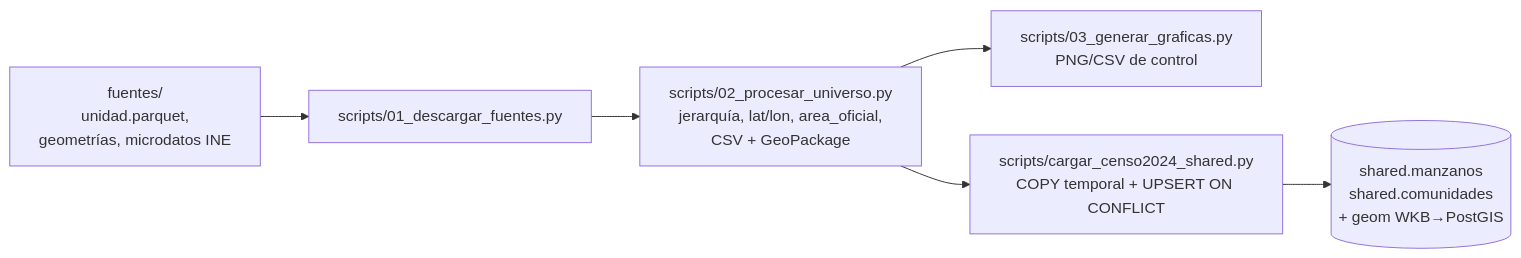
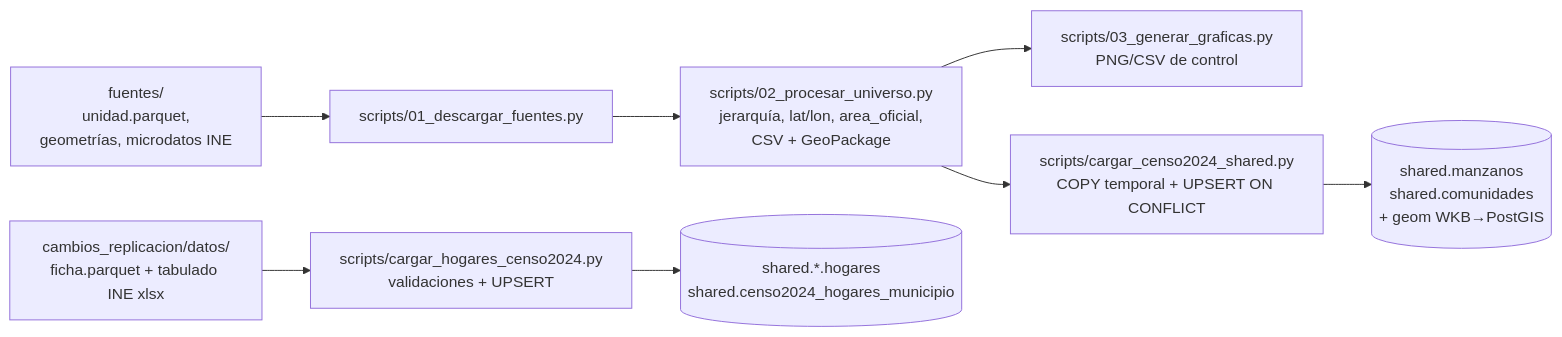
Before and after one commit to AGRIdigital-Climbat/SINAGER-SAT: the sixth of 12 diagrams in DOCUMENTACION_SINB.md, drawn with Mermaid. The commit also changed other lines of this file and 12 other files, not shown here.

First line of the commit message:
refactor(handoff): renombra a cambios_replicacion y generaliza a toda la BD/APIs

````diff
--- a/DOCUMENTACION_SINB.md
+++ b/DOCUMENTACION_SINB.md
@@ -591,8 +601,10 @@
 ```mermaid
 flowchart LR
     F["fuentes/<br/>unidad.parquet,<br/>geometrías, microdatos INE"] --> P1["scripts/01_descargar_fuentes.py"]
     P1 --> P2["scripts/02_procesar_universo.py<br/>jerarquía, lat/lon, area_oficial,<br/>CSV + GeoPackage"]
     P2 --> P3["scripts/03_generar_graficas.py<br/>PNG/CSV de control"]
     P2 --> C["scripts/cargar_censo2024_shared.py<br/>COPY temporal + UPSERT ON CONFLICT"]
     C --> DB[("shared.manzanos<br/>shared.comunidades<br/>+ geom WKB→PostGIS")]
+    F2["cambios_replicacion/datos/<br/>ficha.parquet + tabulado INE xlsx"] --> H["scripts/cargar_hogares_censo2024.py<br/>validaciones + UPSERT"]
+    H --> DB2[("shared.*.hogares<br/>shared.censo2024_hogares_municipio")]
 ```
````
